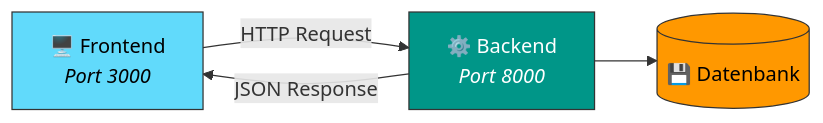
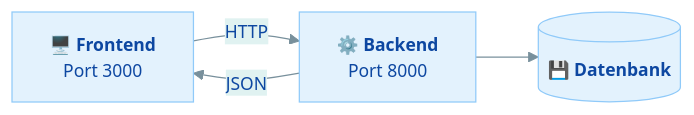
One commit to JacobMenge/kurs-25-06 changed the diagram in prompt-ascii-to-mermaid.md. Above: the diagram before and after it, drawn with Mermaid. The commit also changed other lines of this file and 6 other files, not shown here.

````diff
--- a/prompt-ascii-to-mermaid.md
+++ b/prompt-ascii-to-mermaid.md
@@ -76,10 +90,7 @@
 ```mermaid
+%%{init: {'theme': 'base', 'themeVariables': {'primaryColor': '#e3f2fd', 'primaryTextColor': '#0d47a1', 'primaryBorderColor': '#90caf9', 'secondaryColor': '#e0f2f1', 'secondaryTextColor': '#004d40', 'secondaryBorderColor': '#80cbc4', 'tertiaryColor': '#fff3e0', 'tertiaryTextColor': '#e65100', 'tertiaryBorderColor': '#ffcc80', 'lineColor': '#78909c', 'fontSize': '14px'}}}%%
 graph LR
-    A["🖥️ Frontend<br/><i>Port 3000</i>"] -- "HTTP Request" --> B["⚙️ Backend<br/><i>Port 8000</i>"]
-    B -- "JSON Response" --> A
-    B --> C[("💾 Datenbank")]
-
-    style A fill:#61dafb,stroke:#333,color:#000
-    style B fill:#009688,stroke:#333,color:#fff
-    style C fill:#ff9800,stroke:#333,color:#000
+    A["🖥️ <b>Frontend</b><br/>Port 3000"] -- "HTTP" --> B["⚙️ <b>Backend</b><br/>Port 8000"]
+    B -- "JSON" --> A
+    B --> C[("💾 <b>Datenbank</b>")]
 ```
````
